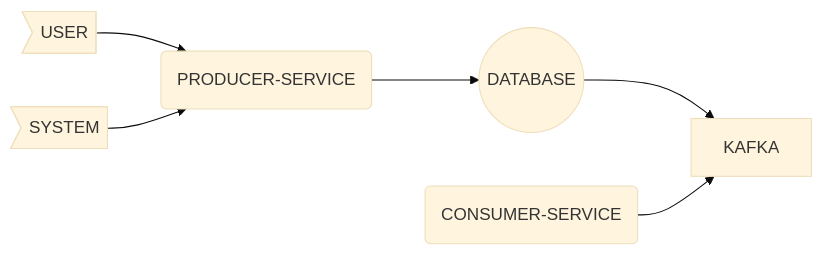
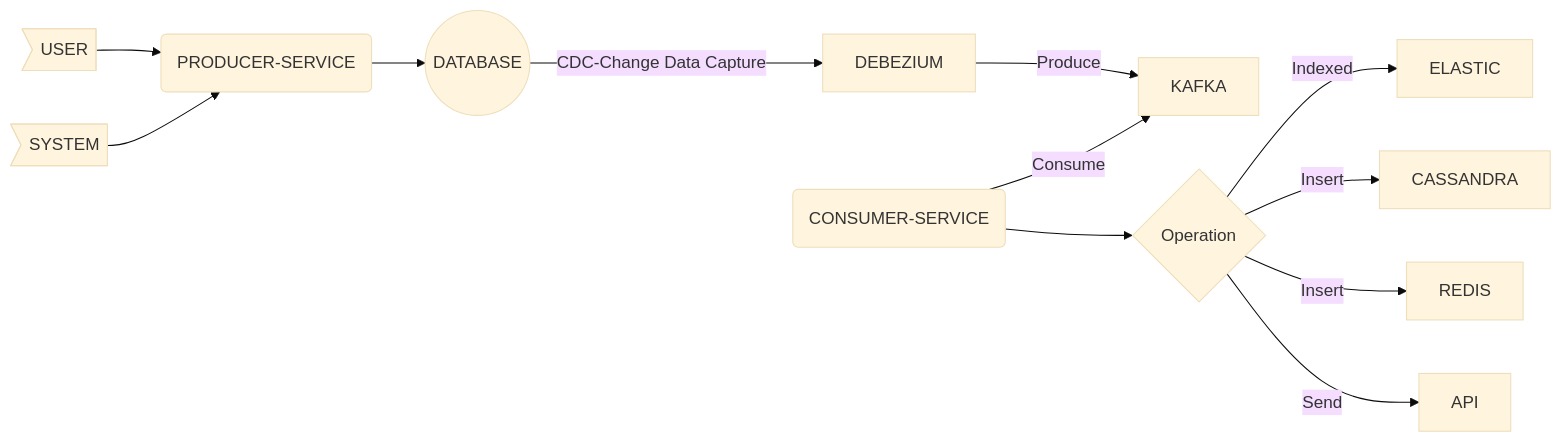
One commit to gasperlf/spring-debezium-db-kafka changed the diagram in README.md. Above: the diagram before and after it, drawn with Mermaid (base theme).

Commit message:
FEAT: extend graphic model

````diff
--- a/README.md
+++ b/README.md
@@ -3,6 +3,11 @@
 ```mermaid
 graph LR;
 U>USER] --> P(PRODUCER-SERVICE)
-SYS>SYSTEM] --> P(PRODUCER-SERVICE) --> DB((DATABASE)) --> K[KAFKA]
-C(CONSUMER-SERVICE) --> K[KAFKA]
+SYS>SYSTEM] --> P(PRODUCER-SERVICE) --> DB((DATABASE)) -- CDC-Change Data Capture --> DEBEZIUM --Produce--> K[KAFKA]
+C(CONSUMER-SERVICE) --Consume--> K[KAFKA]
+C(CONSUMER-SERVICE) --> oP{Operation}
+oP{Operation} --Indexed--> e[ELASTIC]
+oP{Operation} --Insert--> ca[CASSANDRA]
+oP{Operation} --Insert--> r[REDIS]
+oP{Operation} --Send--> api[API]
 ```
````
